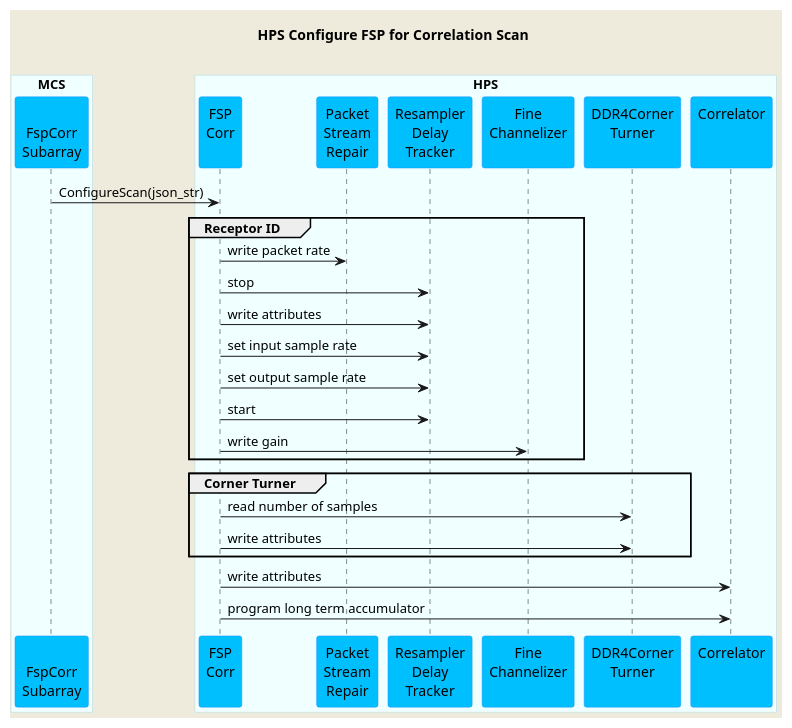
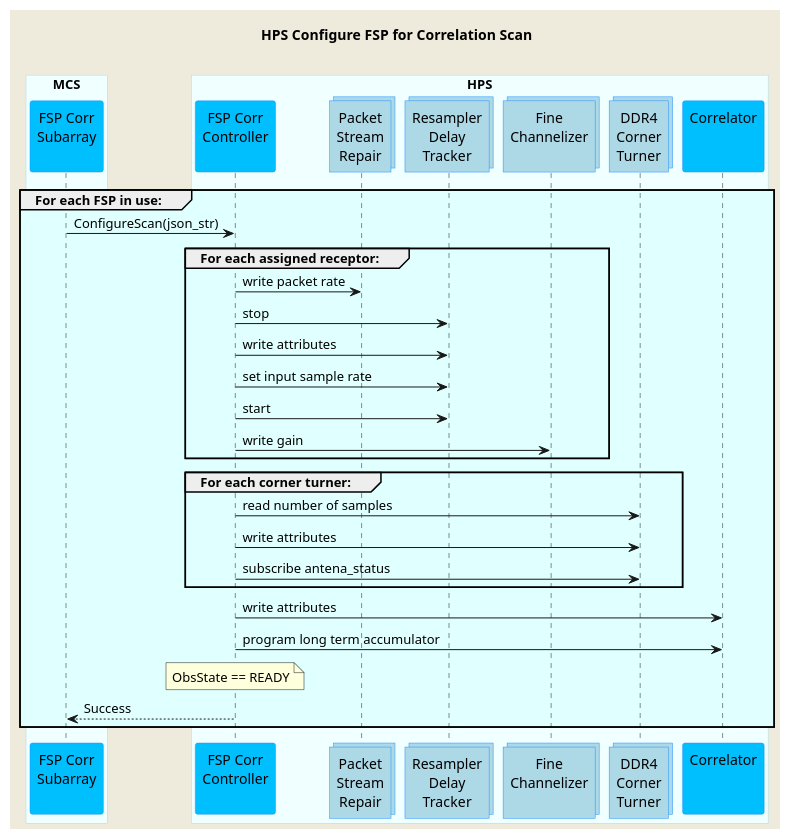
Before and after one commit to ska-telescope/mid-cbf-mcs: the diagram in docs/src/diagrams/configure-scan-hps-fsp.puml, drawn with PlantUML. The commit also changed 3 other files, not shown here.

Commit message:
CIP-2424 Updated FSP configureScan diagram. some other tweaks

```diff
--- a/docs/src/diagrams/configure-scan-hps-fsp.puml
+++ b/docs/src/diagrams/configure-scan-hps-fsp.puml
@@ -1,49 +1,57 @@
 @startuml
 'https://plantuml.com/sequence-diagram
 
 skinparam backgroundColor #EEEBDC
 skinparam sequence {
-ParticipantBorderColor DodgerBlue
-ParticipantBackgroundColor DeepSkyBlue
-ActorBorderColor DarkGreen
-ActorBackgroundColor Green
-BoxBorderColor LightBlue
-BoxBackgroundColor #F0FFFF
+    ParticipantBorderColor DodgerBlue
+    ParticipantBackgroundColor DeepSkyBlue
+    ActorBorderColor DarkGreen
+    ActorBackgroundColor Green
+    BoxBorderColor LightBlue
+    BoxBackgroundColor #F0FFFF
+}
+skinparam collections {
+    BackGroundColor LightBlue
+    BorderColor DodgerBlue
 }
 
 title HPS Configure FSP for Correlation Scan\n
 
 box "MCS"
-participant "\nFspCorr\nSubarray" as fspcorr
+participant "FSP Corr\nSubarray\n" as fspcorr
 end box
 
 box "HPS"
-participant "FSP\nCorr\n" as hpsfspcorr
-participant "Packet\nStream\nRepair" as psr
-participant "Resampler\nDelay\nTracker" as rdt
-participant "Fine\nChannelizer\n" as channelizer
-participant "DDR4Corner\nTurner\n" as dct
+participant "FSP Corr\nController\n" as hpsfspcorr
+collections "Packet\nStream\nRepair" as psr
+collections "Resampler\nDelay\nTracker" as rdt
+collections "Fine\nChannelizer\n" as channelizer
+collections "DDR4\nCorner\nTurner" as dct
 participant "Correlator\n\n" as correlator
 end box
 
-fspcorr     -> hpsfspcorr   : ConfigureScan(json_str)
+group #LightCyan For each FSP in use:
+    fspcorr     -> hpsfspcorr   : ConfigureScan(json_str)
 
-group Receptor ID
-hpsfspcorr  -> psr         : write packet rate
-hpsfspcorr  -> rdt         : stop
-hpsfspcorr  -> rdt         : write attributes
-hpsfspcorr  -> rdt         : set input sample rate
-hpsfspcorr  -> rdt         : set output sample rate
-hpsfspcorr  -> rdt         : start
-hpsfspcorr  -> channelizer : write gain
+    group #LightCyan For each assigned receptor:
+        hpsfspcorr  -> psr         : write packet rate
+        hpsfspcorr  -> rdt         : stop
+        hpsfspcorr  -> rdt         : write attributes
+        hpsfspcorr  -> rdt         : set input sample rate
+        hpsfspcorr  -> rdt         : start
+        hpsfspcorr  -> channelizer : write gain
+    end group
+
+    group #LightCyan For each corner turner:
+        hpsfspcorr  -> dct  : read number of samples
+        hpsfspcorr  -> dct  : write attributes
+        hpsfspcorr  -> dct  : subscribe antena_status
+    end group
+
+    hpsfspcorr  -> correlator   : write attributes
+    hpsfspcorr  -> correlator   : program long term accumulator
+    note over hpsfspcorr        : ObsState == READY
+    hpsfspcorr  --> fspcorr     : Success
 end group
 
-group Corner Turner
-hpsfspcorr -> dct : read number of samples
-hpsfspcorr -> dct : write attributes
-end group
-
-hpsfspcorr -> correlator : write attributes
-hpsfspcorr -> correlator : program long term accumulator
-
 @enduml
```
